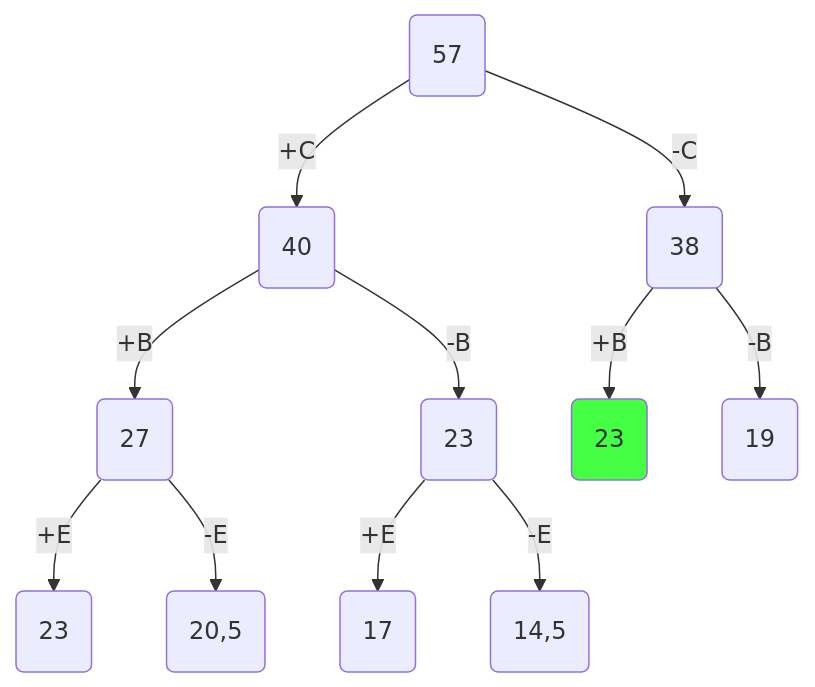
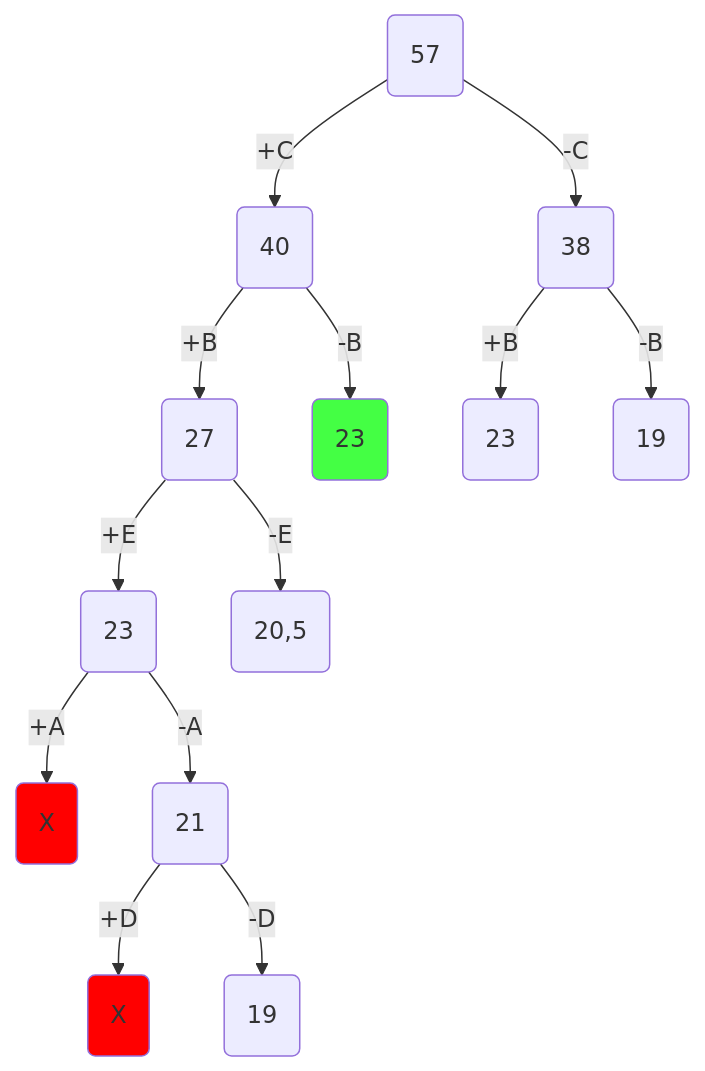
The fifth of 8 diagrams in Задание 12/crani.md (algos-ris-24-4/manual-tasks), drawn with Mermaid before and after one commit. The commit also changed other lines of this file, not shown here.

````diff
--- a/Задание 12/crani.md
+++ b/Задание 12/crani.md
@@ -170,26 +183,32 @@
 ```mermaid
 flowchart TD
 A(57)
 B(40)
 C(38)
 D(27)
 E(23)
 F(23)
 G(19)
 H(23)
 I(20,5)
-J(17)
-K(14,5)
+P(X)
+Q(21)
+R(X)
+S(19)
 A -- +C--> B
 A -- -C--> C
 B -- +B--> D
 B -- -B--> E
 C -- +B--> F
 C -- -B--> G
 D -- +E--> H
 D -- -E--> I
-E -- +E--> J
-E -- -E--> K
+H -- +A--> P
+H -- -A--> Q
+Q -- +D--> R
+Q -- -D--> S
 
-style F fill:#4f4f
+style P fill:#FF0000
+style R fill:#FF0000
+style E fill:#4f4f
 ```
````
